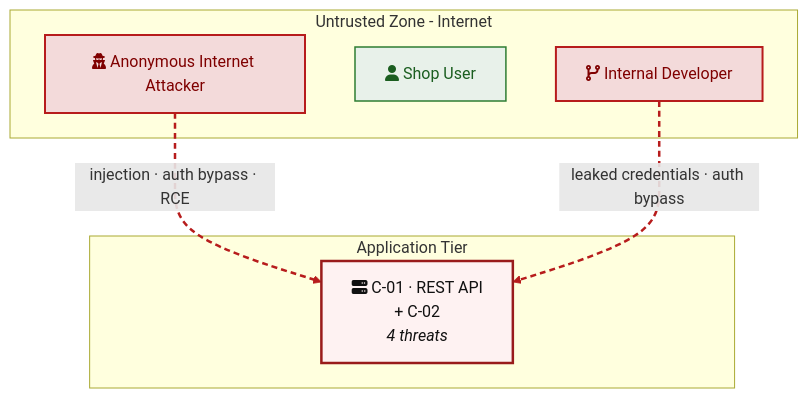
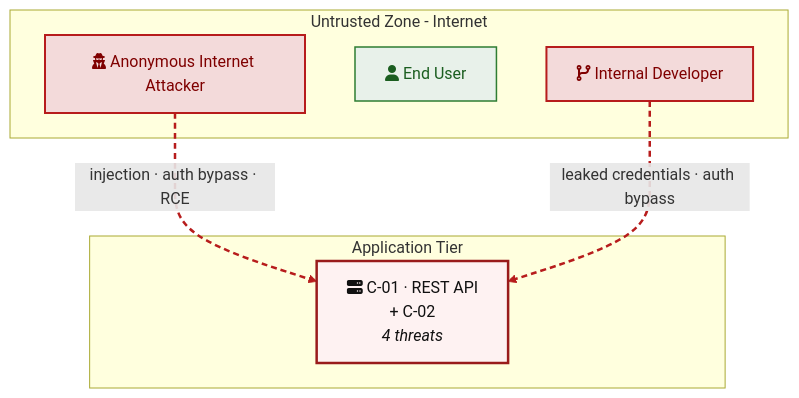
One commit to appsec-foundry/appsec-analyzer changed the fourth of 11 diagrams in tests/fixtures/e2e/golden/threat-model.md. Above: the diagram before and after it, drawn with Mermaid. The commit also changed other lines of this file and 8 other files, not shown here.

````diff
--- a/tests/fixtures/e2e/golden/threat-model.md
+++ b/tests/fixtures/e2e/golden/threat-model.md
@@ -236,19 +236,19 @@
 ```mermaid
 flowchart TD
     subgraph EXT["Untrusted Zone - Internet"]
         INTERNET_ANON["fa:fa-user-secret Anonymous Internet Attacker"]:::threat
-        VICTIM_REQUIRED["fa:fa-user Shop User"]:::legit
+        VICTIM_REQUIRED["fa:fa-user End User"]:::legit
         REPO_READ["fa:fa-code-branch Internal Developer"]:::threat
     end
     subgraph APP["Application Tier"]
         c_01["fa:fa-server C-01 · REST API<br/>+ C-02<br/><i>4 threats</i>"]:::risk
     end
     INTERNET_ANON -.->|"injection · auth bypass · RCE"| c_01
     REPO_READ -.->|"leaked credentials · auth bypass"| c_01
 
     classDef legit fill:#e8f1ea,stroke:#2e7d32,color:#1b5e20,stroke-width:1.5px
     classDef threat fill:#f3dada,stroke:#b71c1c,color:#7f0000,stroke-width:2px
     classDef external fill:#f2f2f2,stroke:#424242,color:#212121,stroke-width:1.5px
     classDef risk fill:#fef2f2,stroke:#991b1b,color:#111,stroke-width:2.5px
     linkStyle 0,1 stroke:#b71c1c,stroke-width:2.5px,stroke-dasharray:6 4
 ```
````
